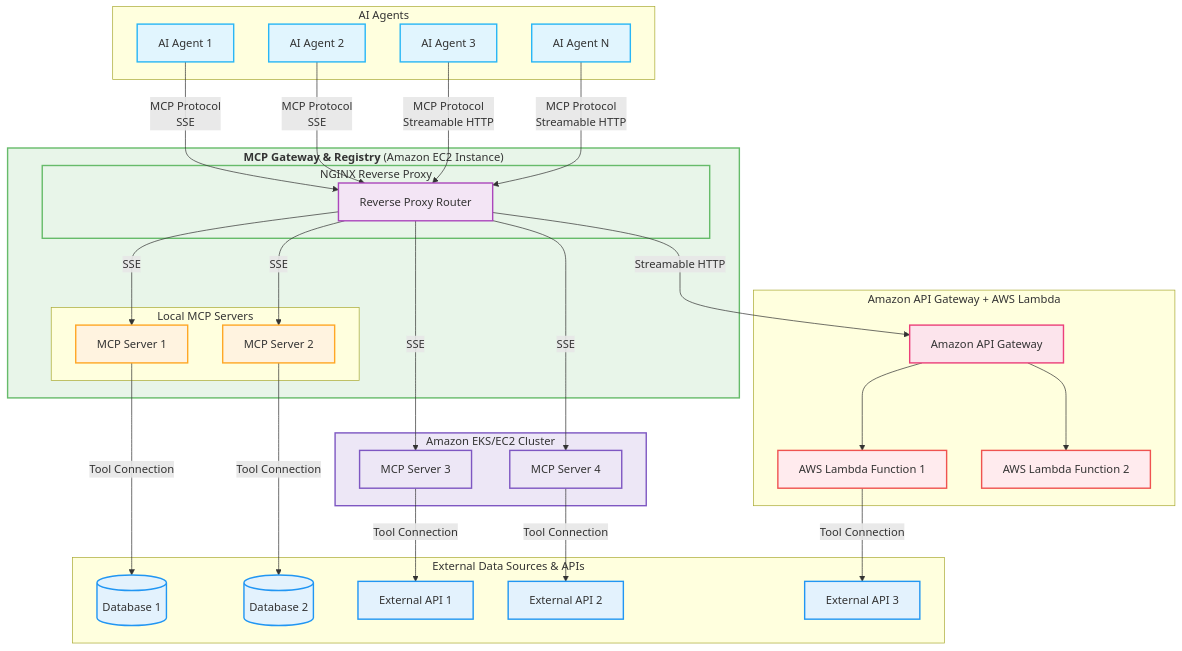
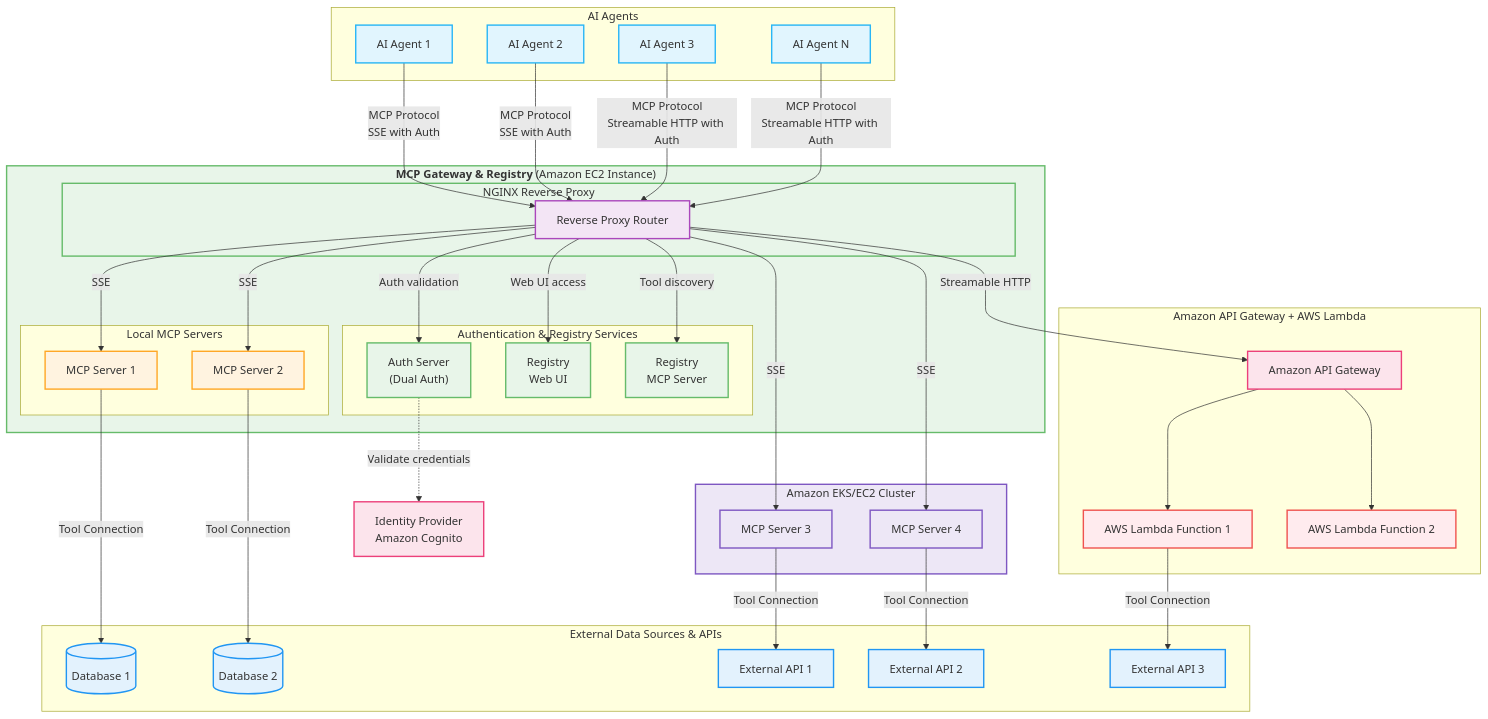
The diagram in README.md (ascending-llc/mcp-gateway-registry), drawn with Mermaid before and after one commit. The commit also changed other lines of this file, not shown here.

Commit message:
Update README.md architecture diagram and remove development warning
- Add Auth Server, Registry Web UI, and Registry MCP Server as separate components
- Include Identity Provider (Amazon Cognito) in the architecture
- Add authentication flow connections showing auth validation
- Update styling for new components
- Remove active development warning banner and status badges
- Show clear separation between Nginx, Auth, and Registry components
- Addresses issue #11 requirements for README.md architecture updates

```diff
--- a/README.md
+++ b/README.md
@@ -61,11 +56,20 @@
             RP["Reverse Proxy Router"]
         end
         
+        subgraph AuthRegistry["Authentication & Registry Services"]
+            AuthServer["Auth Server<br/>(Dual Auth)"]
+            Registry["Registry<br/>Web UI"]
+            RegistryMCP["Registry<br/>MCP Server"]
+        end
+        
         subgraph LocalMCPServers["Local MCP Servers"]
             MCP_Local1["MCP Server 1"]
             MCP_Local2["MCP Server 2"]
         end
     end
+    
+    %% Identity Provider
+    IdP[Identity Provider<br/>Amazon Cognito]
     
     subgraph EKS_Cluster["Amazon EKS/EC2 Cluster"]
         MCP_EKS1["MCP Server 3"]
@@ -87,10 +91,16 @@
     end
     
     %% Connections from Agents to Gateway
-    Agent1 -->|MCP Protocol<br>SSE| RP
-    Agent2 -->|MCP Protocol<br>SSE| RP
-    Agent3 -->|MCP Protocol<br>Streamable HTTP| RP
-    AgentN -->|MCP Protocol<br>Streamable HTTP| RP
+    Agent1 -->|MCP Protocol<br>SSE with Auth| RP
+    Agent2 -->|MCP Protocol<br>SSE with Auth| RP
+    Agent3 -->|MCP Protocol<br>Streamable HTTP with Auth| RP
+    AgentN -->|MCP Protocol<br>Streamable HTTP with Auth| RP
+    
+    %% Auth flow connections
+    RP -->|Auth validation| AuthServer
+    AuthServer -.->|Validate credentials| IdP
+    RP -->|Tool discovery| RegistryMCP
+    RP -->|Web UI access| Registry
     
     %% Connections from Gateway to MCP Servers
     RP -->|SSE| MCP_Local1
@@ -124,6 +134,8 @@
     class Agent1,Agent2,Agent3,AgentN agent
     class EC2_Gateway,NGINX gateway
     class RP nginx
+    class AuthServer,Registry,RegistryMCP gateway
+    class IdP apiGw
     class MCP_Local1,MCP_Local2 mcpServer
     class EKS_Cluster,MCP_EKS1,MCP_EKS2 eks
     class API_GW apiGw
```
